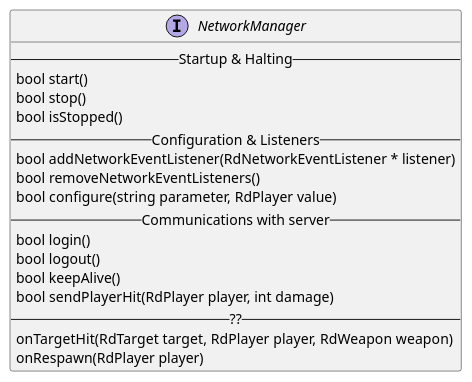
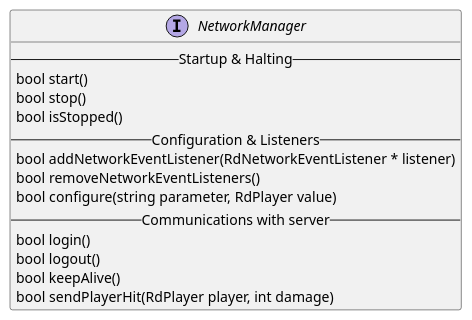
One commit to asrob-uc3m/robotDevastation-developer-manual changed the diagram in en/network-manager.md. Above: the diagram before and after it, drawn with PlantUML.

Commit message:
Updates en/network-manager.md
Auto commit by GitBook Editor

```diff
--- a/en/network-manager.md
+++ b/en/network-manager.md
@@ -4,20 +4,17 @@
 {% plantuml %}
 interface NetworkManager {
 --Startup & Halting--
 bool start()
 bool stop()
 bool isStopped()
 -- Configuration & Listeners --
 bool addNetworkEventListener(RdNetworkEventListener * listener)
 bool removeNetworkEventListeners()
 bool configure(string parameter, RdPlayer value)
 -- Communications with server --
 bool login()
 bool logout()
 bool keepAlive()
 bool sendPlayerHit(RdPlayer player, int damage)
--- ?? --
-onTargetHit(RdTarget target, RdPlayer player, RdWeapon weapon)
-onRespawn(RdPlayer player)
 }
 {% endplantuml %}
```
